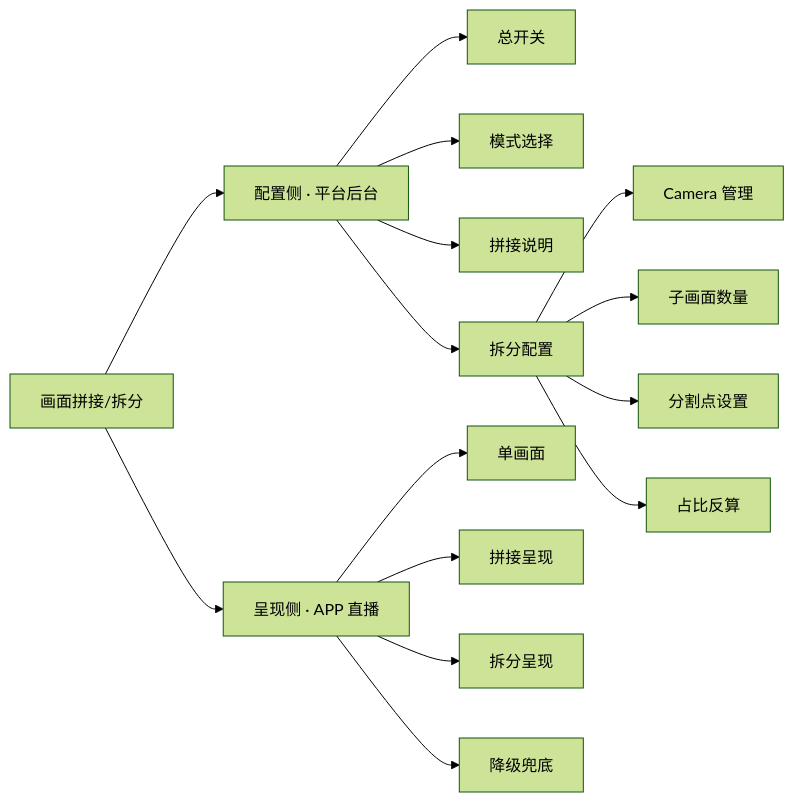
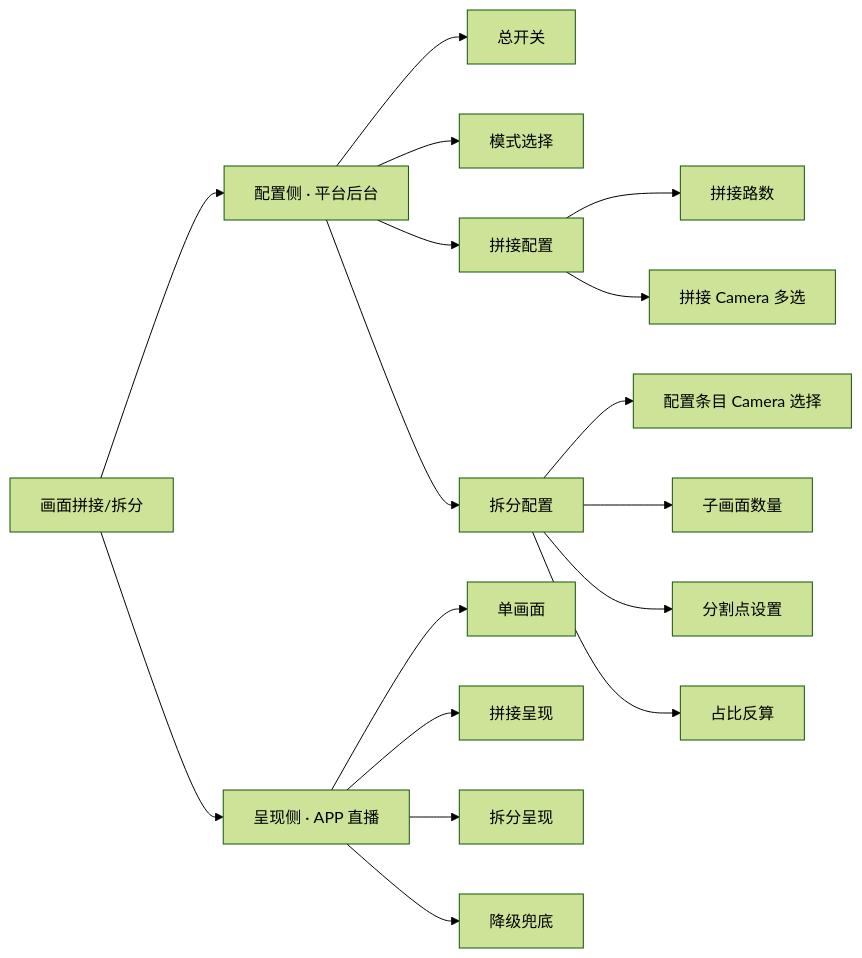
Before and after one commit to hongtao-l/platform: the fifth of 6 diagrams in docs/prd_full/画面拼接与拆分/画面拼接与拆分03PRD.md, drawn with Mermaid (forest theme). The commit also changed other lines of this file and 13 other files, not shown here.

````diff
--- a/docs/prd_full/画面拼接与拆分/画面拼接与拆分03PRD.md
+++ b/docs/prd_full/画面拼接与拆分/画面拼接与拆分03PRD.md
@@ -212,17 +224,19 @@
 ```mermaid
 flowchart LR
     A[画面拼接/拆分] --> B[配置侧 · 平台后台]
     A --> C[呈现侧 · APP 直播]
     B --> B1[总开关]
     B --> B2[模式选择]
-    B --> B3[拼接说明]
+    B --> B3[拼接配置]
+    B3 --> B3a[拼接路数]
+    B3 --> B3b[拼接 Camera 多选]
     B --> B4[拆分配置]
-    B4 --> B4a[Camera 管理]
+    B4 --> B4a[配置条目 Camera 选择]
     B4 --> B4b[子画面数量]
     B4 --> B4c[分割点设置]
     B4 --> B4d[占比反算]
     C --> C1[单画面]
     C --> C2[拼接呈现]
     C --> C3[拆分呈现]
     C --> C4[降级兜底]
 ```
````
